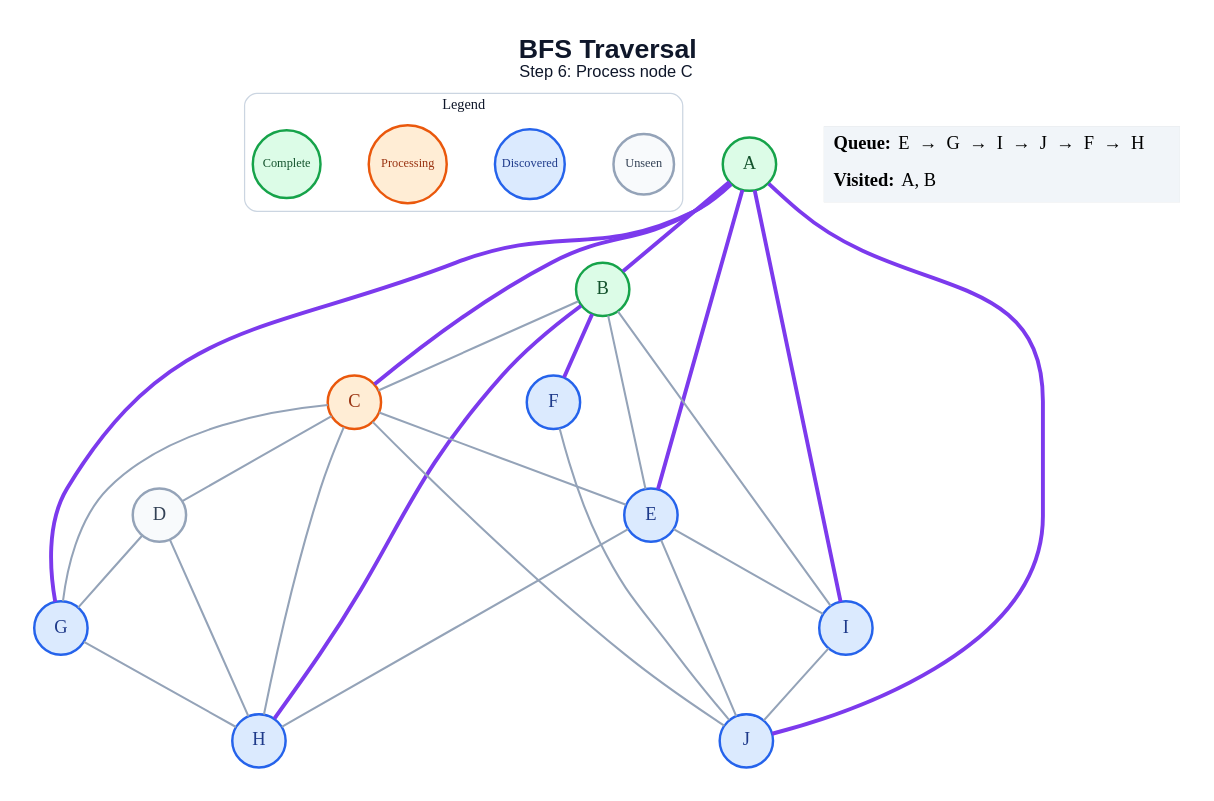
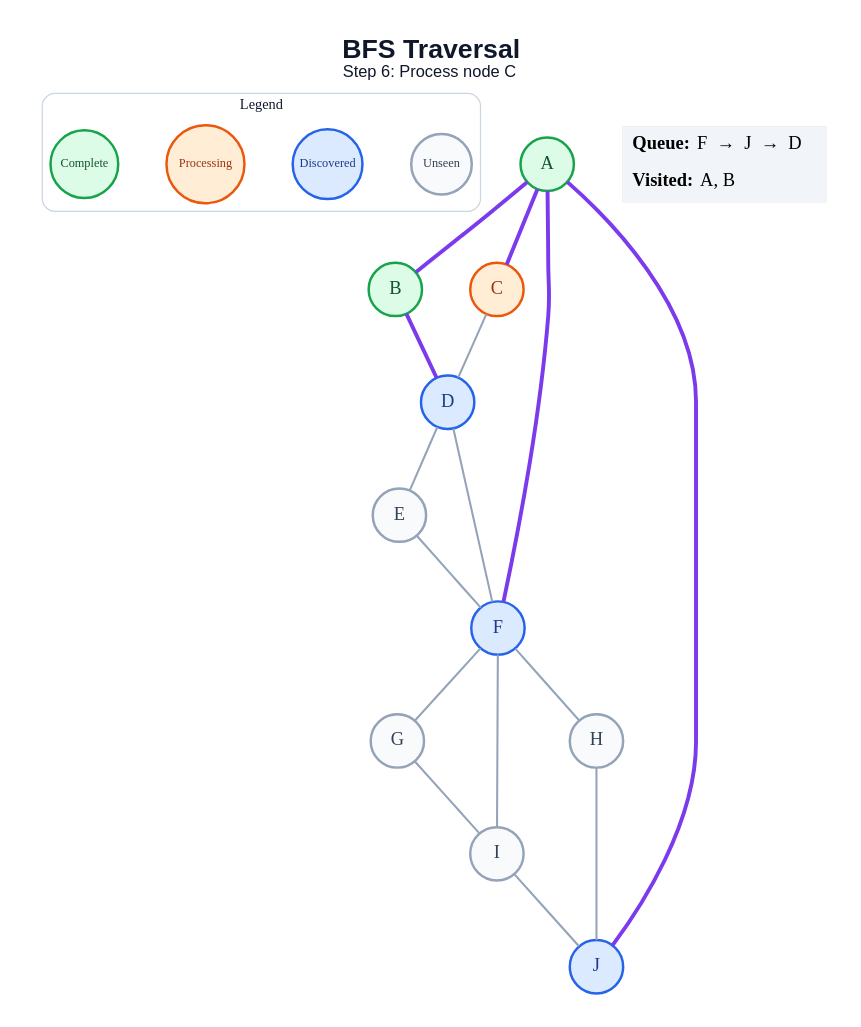
One commit to amanghodawala9/ai-slop changed the diagram in generated/bfs/step_06.dot. Above: the diagram before and after it, drawn with Graphviz. The commit also changed 178 other files, not shown here.

```diff
--- a/generated/bfs/step_06.dot
+++ b/generated/bfs/step_06.dot
@@ -1,53 +1,44 @@
 graph traversal {
   graph [layout=dot, rankdir=TB, bgcolor="#FFFFFF", pad="0.35", nodesep="0.65", ranksep="0.8", fontname="Arial"];
   node [shape=circle, style="filled", fontname="Arial Bold", fontsize=18, width=0.72, fixedsize=true, penwidth=2.4];
   edge [color="#94A3B8", penwidth=2.0];
   label=<<B>BFS Traversal</B><BR/><FONT POINT-SIZE="16">Step 6: Process node C</FONT>>; labelloc="t"; fontsize=26; fontname="Arial"; fontcolor="#0F172A";
   subgraph cluster_legend { label="Legend"; color="#CBD5E1"; penwidth=1.2; style="rounded"; fontsize=14; fontname="Arial Bold";
     key_unseen [label="Unseen", fillcolor="#F8FAFC", color="#94A3B8", fontcolor="#334155", fontsize=12, width=0.82];
     key_frontier [label="Discovered", fillcolor="#DBEAFE", color="#2563EB", fontcolor="#1E3A8A", fontsize=12, width=0.95];
     key_current [label="Processing", fillcolor="#FFEDD5", color="#EA580C", fontcolor="#9A3412", fontsize=12, width=1.05];
     key_done [label="Complete", fillcolor="#DCFCE7", color="#16A34A", fontcolor="#14532D", fontsize=12, width=0.92];
     { rank=same; key_unseen; key_frontier; key_current; key_done; }
   }
   A [fillcolor="#DCFCE7", color="#16A34A", fontcolor="#14532D"];
   B [fillcolor="#DCFCE7", color="#16A34A", fontcolor="#14532D"];
   C [fillcolor="#FFEDD5", color="#EA580C", fontcolor="#9A3412"];
-  D [fillcolor="#F8FAFC", color="#94A3B8", fontcolor="#334155"];
-  E [fillcolor="#DBEAFE", color="#2563EB", fontcolor="#1E3A8A"];
+  D [fillcolor="#DBEAFE", color="#2563EB", fontcolor="#1E3A8A"];
+  E [fillcolor="#F8FAFC", color="#94A3B8", fontcolor="#334155"];
   F [fillcolor="#DBEAFE", color="#2563EB", fontcolor="#1E3A8A"];
-  G [fillcolor="#DBEAFE", color="#2563EB", fontcolor="#1E3A8A"];
-  H [fillcolor="#DBEAFE", color="#2563EB", fontcolor="#1E3A8A"];
-  I [fillcolor="#DBEAFE", color="#2563EB", fontcolor="#1E3A8A"];
+  G [fillcolor="#F8FAFC", color="#94A3B8", fontcolor="#334155"];
+  H [fillcolor="#F8FAFC", color="#94A3B8", fontcolor="#334155"];
+  I [fillcolor="#F8FAFC", color="#94A3B8", fontcolor="#334155"];
   J [fillcolor="#DBEAFE", color="#2563EB", fontcolor="#1E3A8A"];
   A -- B [color="#7C3AED", penwidth=3.8];
   A -- C [color="#7C3AED", penwidth=3.8];
-  A -- E [color="#7C3AED", penwidth=3.8];
-  A -- G [color="#7C3AED", penwidth=3.8];
-  A -- I [color="#7C3AED", penwidth=3.8];
+  A -- F [color="#7C3AED", penwidth=3.8];
   A -- J [color="#7C3AED", penwidth=3.8];
-  B -- C;
-  B -- E;
-  B -- F [color="#7C3AED", penwidth=3.8];
-  B -- H [color="#7C3AED", penwidth=3.8];
-  B -- I;
+  B -- D [color="#7C3AED", penwidth=3.8];
   C -- D;
-  C -- E;
-  C -- G;
-  C -- H;
-  C -- J;
-  D -- G;
-  D -- H;
-  E -- H;
-  E -- I;
-  E -- J;
-  F -- J;
-  G -- H;
+  D -- E;
+  D -- F;
+  E -- F;
+  F -- G;
+  F -- H;
+  F -- I;
+  G -- I;
+  H -- J;
   I -- J;
   status [shape=plain, fixedsize=false, width=0, height=0, margin=0, label=<
     <TABLE BORDER="0" CELLBORDER="0" CELLPADDING="7" BGCOLOR="#F1F5F9">
-      <TR><TD ALIGN="LEFT"><B>Queue:</B> E  →  G  →  I  →  J  →  F  →  H</TD></TR>
+      <TR><TD ALIGN="LEFT"><B>Queue:</B> F  →  J  →  D</TD></TR>
       <TR><TD ALIGN="LEFT"><B>Visited:</B> A, B</TD></TR>
     </TABLE>
   >];
 }
```
